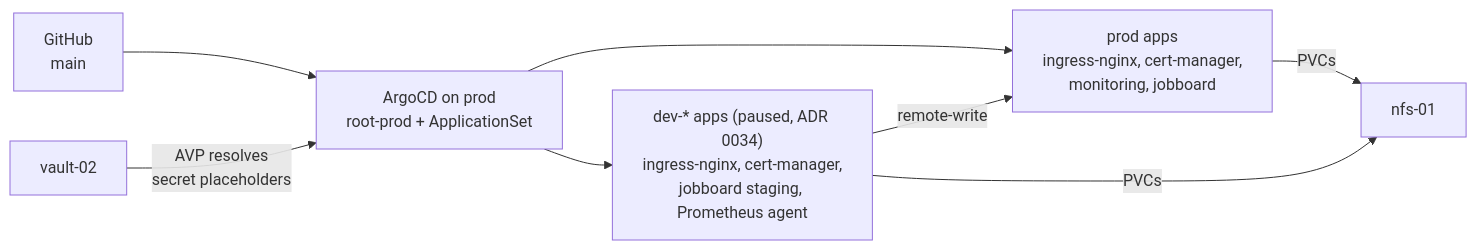
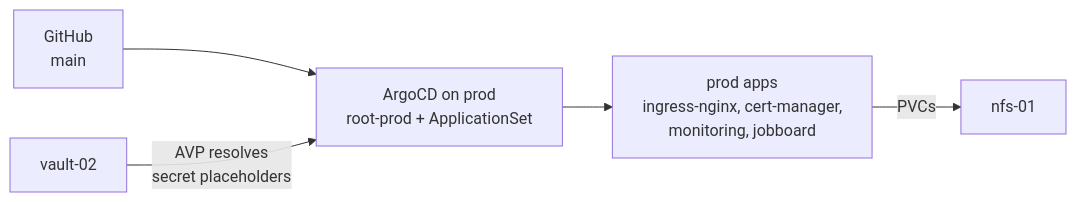
Before and after one commit to maxim-grin/homelab: the second of 3 diagrams in README.md, drawn with Mermaid. The commit also changed other lines of this file and 17 other files, not shown here.

````diff
--- a/README.md
+++ b/README.md
@@ -44,10 +40,7 @@
 ```mermaid
 flowchart LR
     github["GitHub<br/>main"] --> argocd["ArgoCD on prod<br/>root-prod + ApplicationSet"]
     vault["vault-02"] -- "AVP resolves<br/>secret placeholders" --> argocd
     argocd --> prodapps["prod apps<br/>ingress-nginx, cert-manager,<br/>monitoring, jobboard"]
-    argocd --> devapps["dev-* apps (paused, ADR 0034)<br/>ingress-nginx, cert-manager,<br/>jobboard staging, Prometheus agent"]
     prodapps -- "PVCs" --> nfs["nfs-01"]
-    devapps -- "PVCs" --> nfs
-    devapps -- "remote-write" --> prodapps
 ```
````
